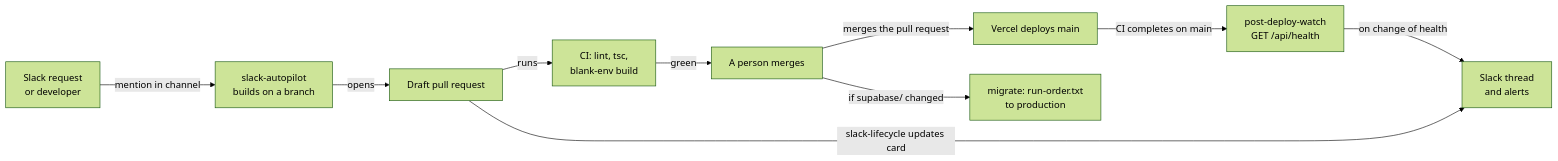
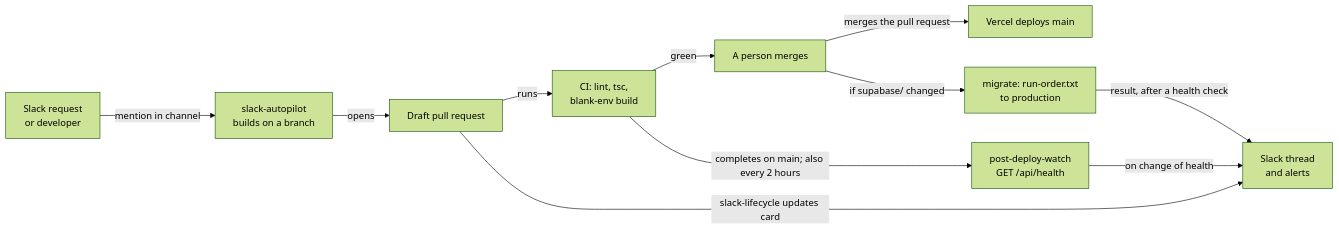
One commit to raviteja0012/robinsons-store changed the sixth of 6 diagrams in docs/ARCHITECTURE.md. Above: the diagram before and after it, drawn with Mermaid (forest theme). The commit also changed other lines of this file and 2 other files, not shown here.

First line of the commit message:
Correct the architecture diagrams to match the code

````diff
--- a/docs/ARCHITECTURE.md
+++ b/docs/ARCHITECTURE.md
@@ -317,21 +369,22 @@
 ```mermaid
 flowchart LR
   REQ["Slack request<br/>or developer"]
   AP["slack-autopilot<br/>builds on a branch"]
   PR["Draft pull request"]
   CI["CI: lint, tsc,<br/>blank-env build"]
   HUM["A person merges"]
   VD["Vercel deploys main"]
   MIG["migrate: run-order.txt<br/>to production"]
   WD["post-deploy-watch<br/>GET /api/health"]
   SLK["Slack thread<br/>and alerts"]
   REQ -- "mention in channel" --> AP
   AP -- "opens" --> PR
   PR -- "runs" --> CI
   CI -- "green" --> HUM
   HUM -- "merges the pull request" --> VD
   HUM -- "if supabase/ changed" --> MIG
-  VD -- "CI completes on main" --> WD
+  CI -- "completes on main; also every 2 hours" --> WD
+  MIG -- "result, after a health check" --> SLK
   WD -- "on change of health" --> SLK
   PR -- "slack-lifecycle updates card" --> SLK
 ```
````
